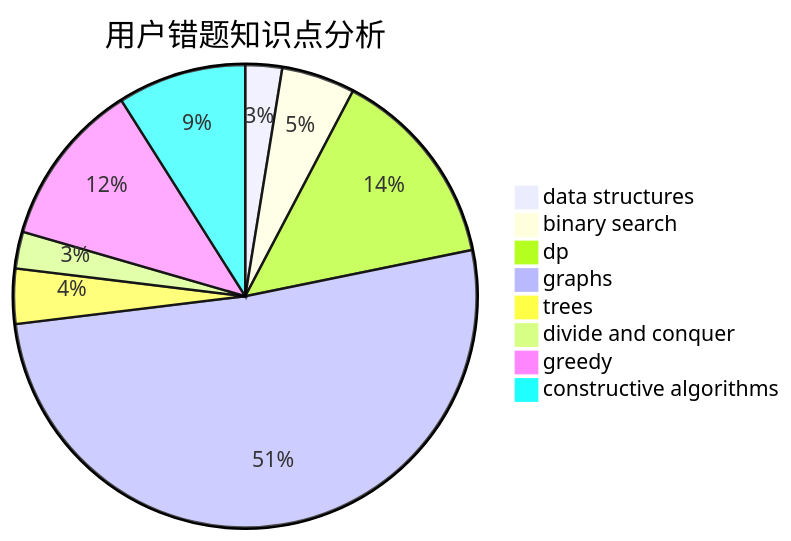
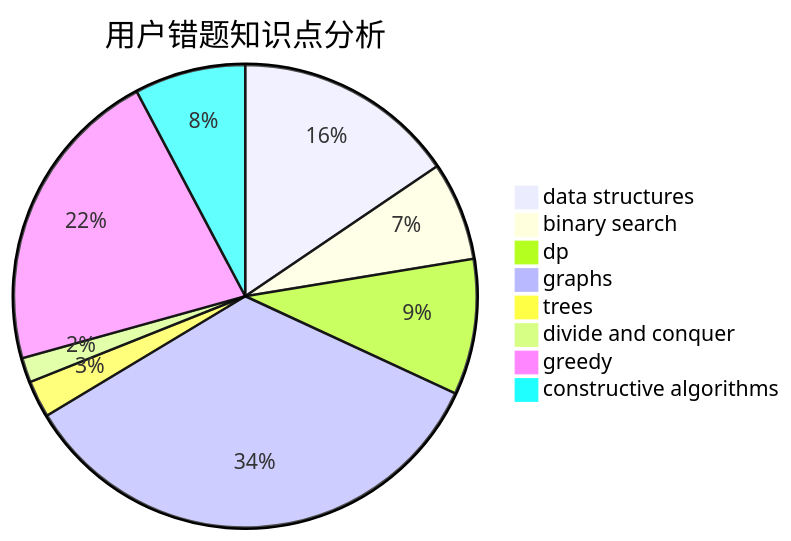
Before and after one commit to sherpahu/cfrs.github.io: the third of 3 diagrams in docs/user/u192.md, drawn with Mermaid. The commit also changed other lines of this file and 2770 other files, not shown here.

````diff
--- a/docs/user/u192.md
+++ b/docs/user/u192.md
@@ -36,11 +36,11 @@
 ```mermaid
 pie title 用户错题知识点分析
-    "data structures" :  2
-    "binary search" :  4
+    "data structures" :  18
+    "binary search" :  8
     "dp" :  11
     "graphs" :  40
     "trees" :  3
     "divide and conquer" :  2
-    "greedy" :  9
-    "constructive algorithms" :  7
+    "greedy" :  25
+    "constructive algorithms" :  9
 ```
````
